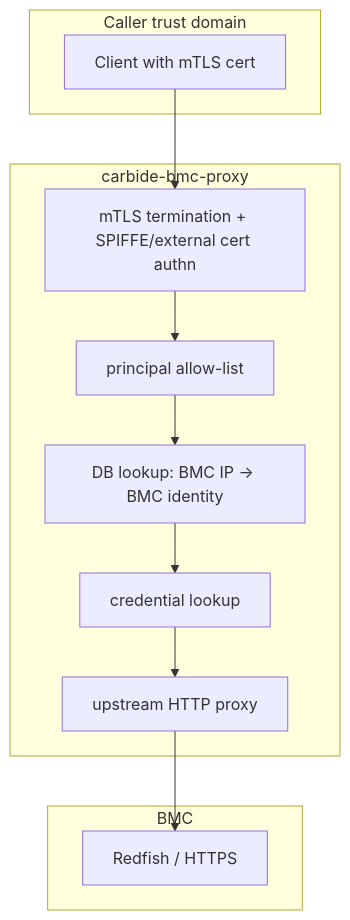
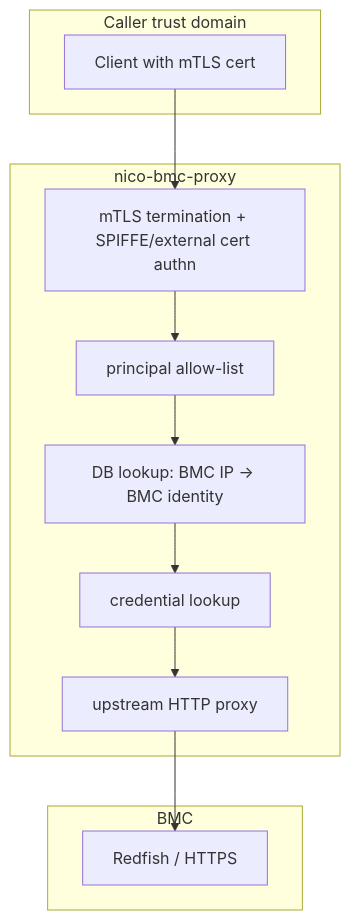
The second of 3 diagrams in crates/bmc-proxy/README.md (NVIDIA/infra-controller-core), drawn with Mermaid before and after one commit. The commit also changed other lines of this file and 2461 other files, not shown here.

First line of the commit message:
feat!: rename carbide/forge → NVIDIA Infrastructure Controller (NICo)

````diff
--- a/crates/bmc-proxy/README.md
+++ b/crates/bmc-proxy/README.md
@@ -177,20 +177,20 @@
 ```mermaid
 flowchart TB
     subgraph Caller["Caller trust domain"]
         Client[Client with mTLS cert]
     end
 
-    subgraph ProxyBoundary["carbide-bmc-proxy"]
+    subgraph ProxyBoundary["nico-bmc-proxy"]
         MTLS[mTLS termination + SPIFFE/external cert authn]
         ALLOW[principal allow-list]
         LOOKUP[DB lookup: BMC IP -> BMC identity]
         CREDS[credential lookup]
         FORWARD[upstream HTTP proxy]
     end
 
     subgraph BMCBoundary["BMC"]
         Redfish[Redfish / HTTPS]
     end
 
     Client --> MTLS --> ALLOW --> LOOKUP --> CREDS --> FORWARD --> Redfish
 ```
````
